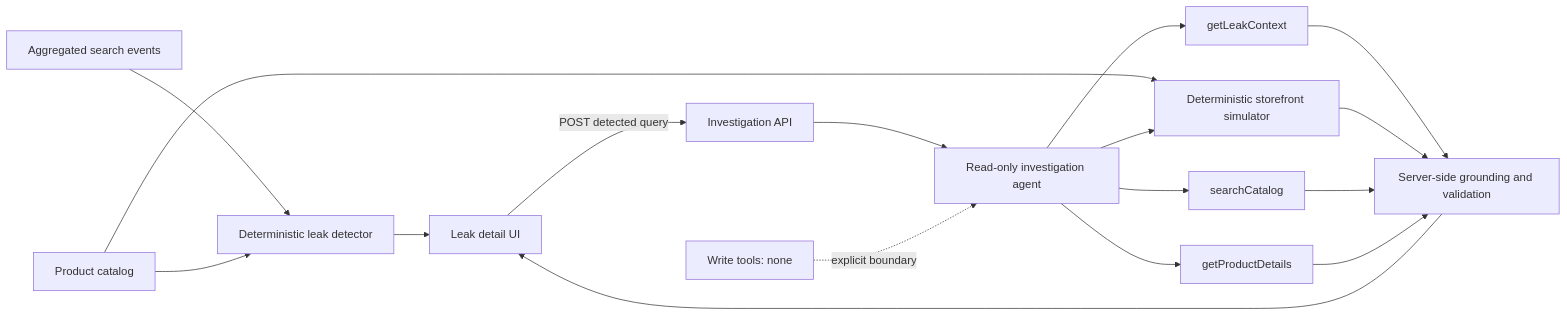
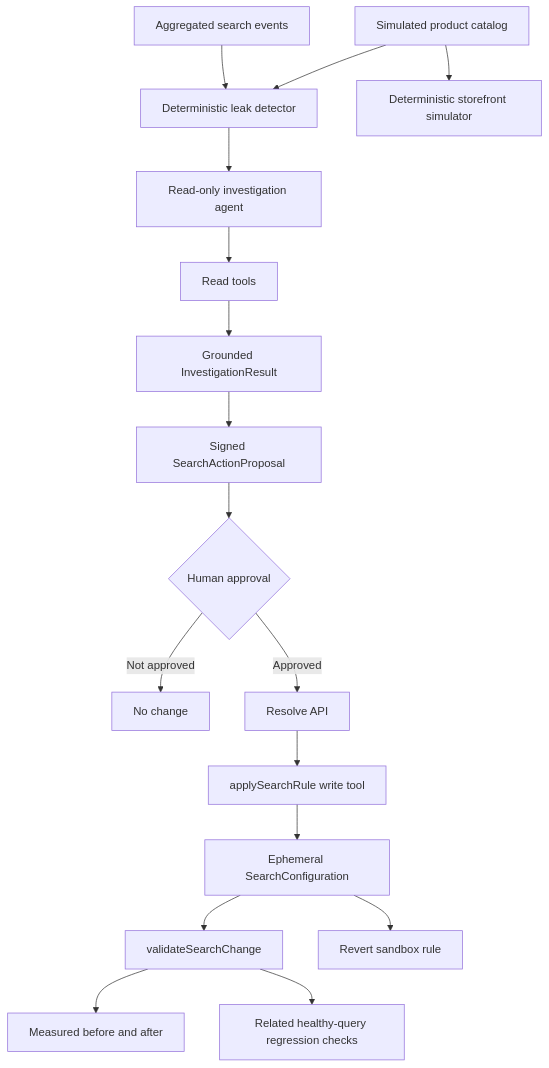
Before and after one commit to guicaettano/carcarah: the diagram in README.md, drawn with Mermaid. The commit also changed other lines of this file and 25 other files, not shown here.

Commit message:
Add approved sandbox search resolution

````diff
--- a/README.md
+++ b/README.md
@@ -27,19 +32,19 @@
 ```mermaid
-flowchart LR
-    A[Aggregated search events] --> B[Deterministic leak detector]
-    P[Product catalog] --> B
+flowchart TD
+    E[Aggregated search events] --> D[Deterministic leak detector]
+    P[Simulated product catalog] --> D
     P --> S[Deterministic storefront simulator]
-    B --> D[Leak detail UI]
-    D -->|POST detected query| API[Investigation API]
-    API --> G[Read-only investigation agent]
-    G --> L[getLeakContext]
-    G --> S
-    G --> C[searchCatalog]
-    G --> R[getProductDetails]
-    L --> V[Server-side grounding and validation]
-    S --> V
-    C --> V
-    R --> V
-    V --> D
-    W[Write tools: none] -. explicit boundary .-> G
+    D --> I[Read-only investigation agent]
+    I --> RT[Read tools]
+    RT --> G[Grounded InvestigationResult]
+    G --> AP[Signed SearchActionProposal]
+    AP --> H{Human approval}
+    H -->|Not approved| STOP[No change]
+    H -->|Approved| R[Resolve API]
+    R --> W[applySearchRule write tool]
+    W --> C[Ephemeral SearchConfiguration]
+    C --> V[validateSearchChange]
+    V --> BA[Measured before and after]
+    V --> RC[Related healthy-query regression checks]
+    C --> RV[Revert sandbox rule]
 ```
````
